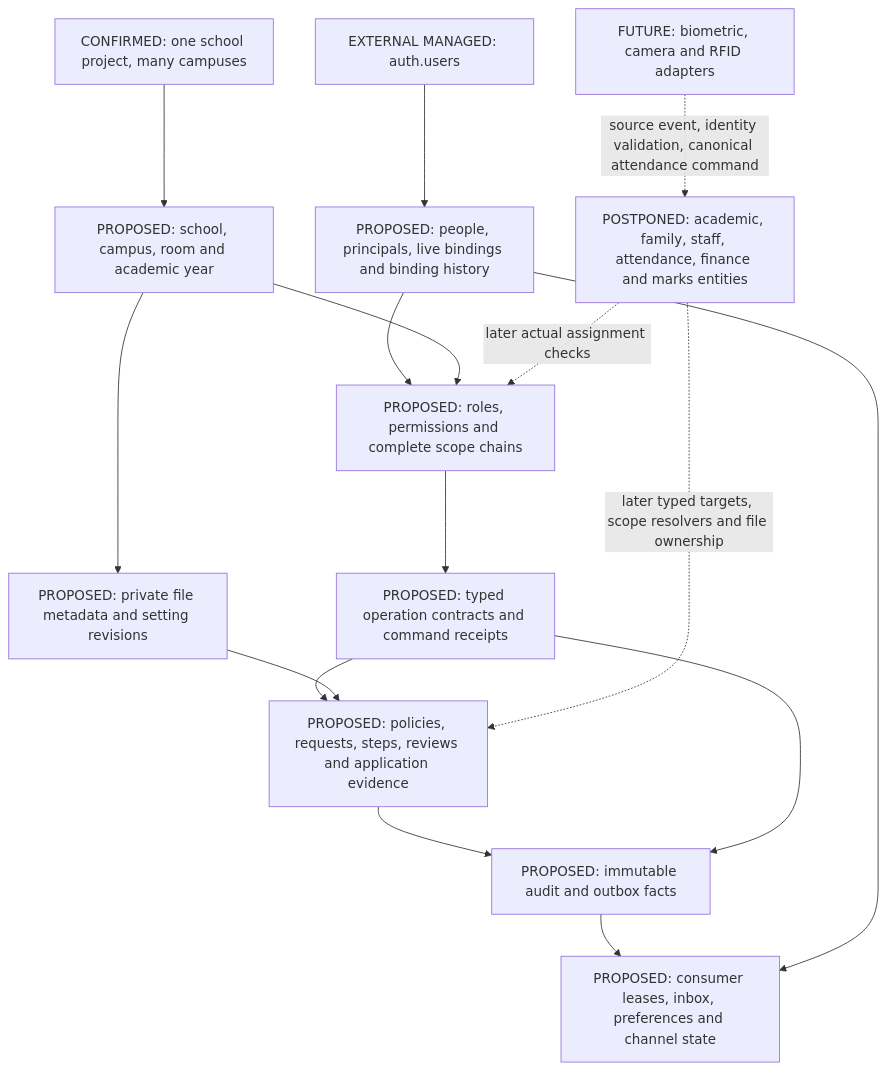
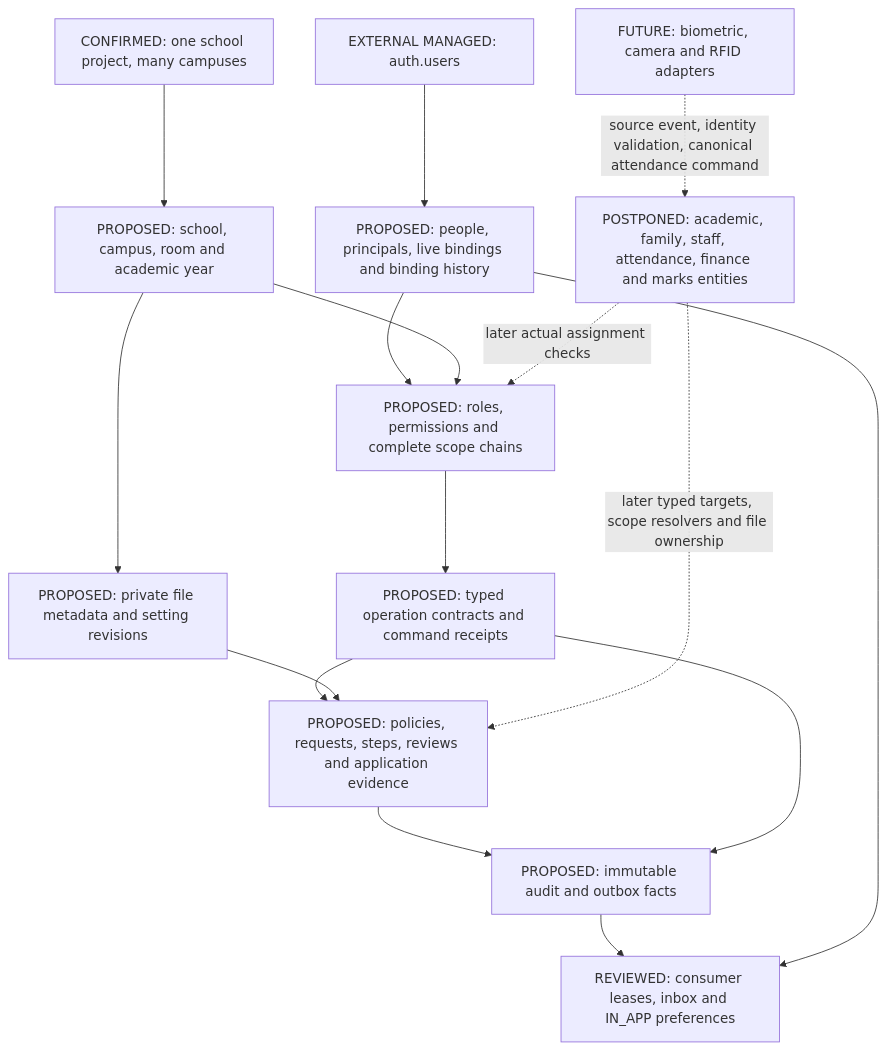
Before and after one commit to yunusyosaf399/edusync_saas_school_app: the eighth of 8 diagrams in docs/database/04_foundation_erd.md, drawn with Mermaid. The commit also changed other lines of this file and 13 other files, not shown here.

```diff
--- a/docs/database/04_foundation_erd.md
+++ b/docs/database/04_foundation_erd.md
@@ -271,30 +271,30 @@
 ~~~mermaid
 flowchart TD
   boundary["CONFIRMED: one school project, many campuses"]
   managedAuth["EXTERNAL MANAGED: auth.users"]
   identity["PROPOSED: people, principals, live bindings and binding history"]
   anchors["PROPOSED: school, campus, room and academic year"]
   grants["PROPOSED: roles, permissions and complete scope chains"]
   contracts["PROPOSED: typed operation contracts and command receipts"]
   workflow["PROPOSED: policies, requests, steps, reviews and application evidence"]
   evidence["PROPOSED: immutable audit and outbox facts"]
-  delivery["PROPOSED: consumer leases, inbox, preferences and channel state"]
+  delivery["REVIEWED: consumer leases, inbox and IN_APP preferences"]
   files["PROPOSED: private file metadata and setting revisions"]
   domains["POSTPONED: academic, family, staff, attendance, finance and marks entities"]
   adapters["FUTURE: biometric, camera and RFID adapters"]
   boundary --> anchors
   managedAuth --> identity
   identity --> grants
   anchors --> grants
   grants --> contracts
   contracts --> workflow
   workflow --> evidence
   contracts --> evidence
   evidence --> delivery
   identity --> delivery
   anchors --> files
   files --> workflow
   domains -. "later typed targets, scope resolvers and file ownership" .-> workflow
   domains -. "later actual assignment checks" .-> grants
   adapters -. "source event, identity validation, canonical attendance command" .-> domains
 ~~~
```
